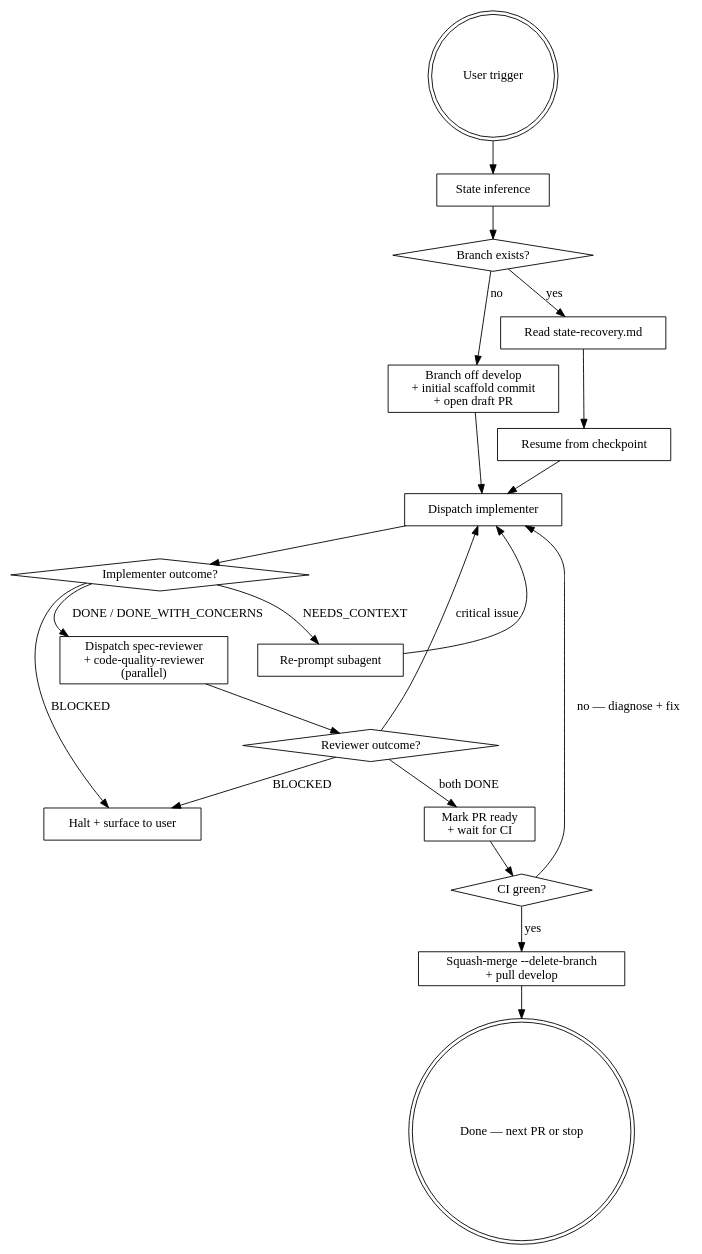
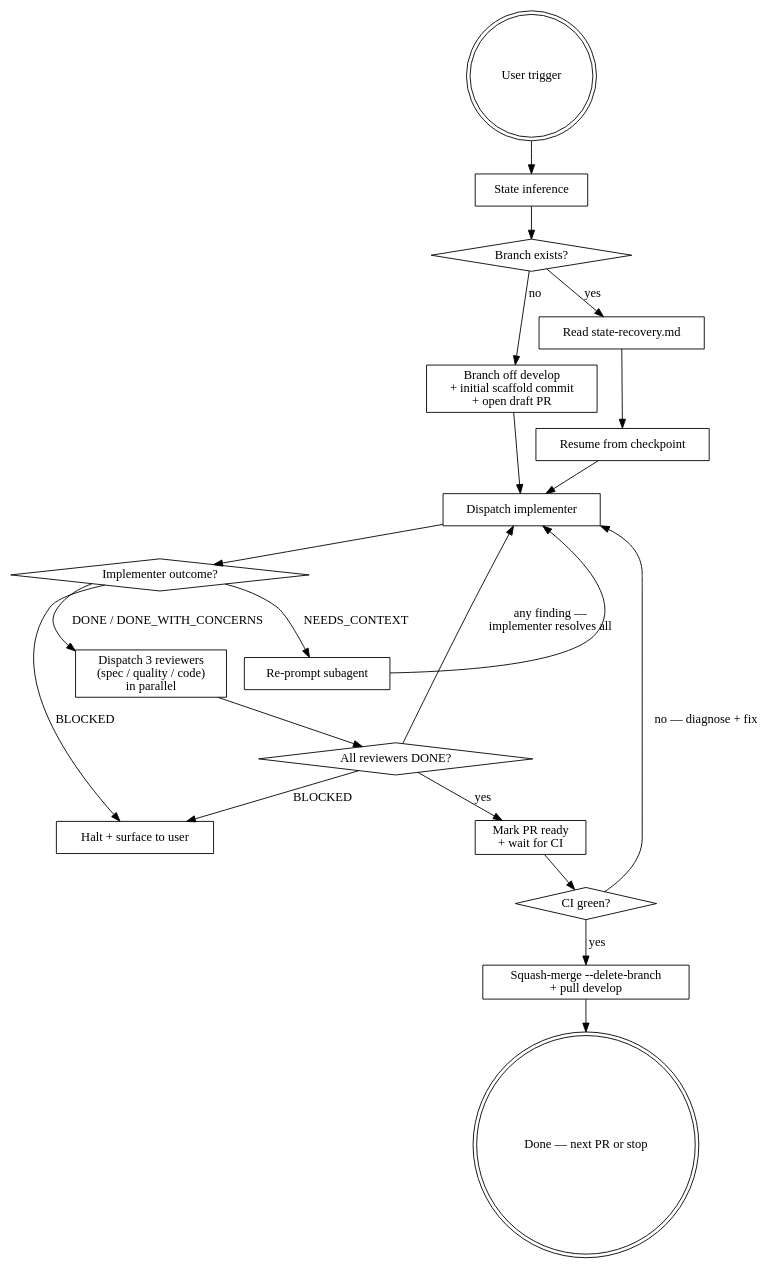
One commit to Sawmonabo/ai-sidekicks changed the diagram in .claude/skills/plan-execution/SKILL.md. Above: the diagram before and after it, drawn with Graphviz. The commit also changed other lines of this file and 6 other files, not shown here.

````diff
--- a/.claude/skills/plan-execution/SKILL.md
+++ b/.claude/skills/plan-execution/SKILL.md
@@ -27,41 +43,41 @@
 ```dot
 digraph plan_execution {
     "User trigger" [shape=doublecircle];
     "State inference" [shape=box];
     "Branch exists?" [shape=diamond];
     "Read state-recovery.md" [shape=box];
     "Branch off develop\n+ initial scaffold commit\n+ open draft PR" [shape=box];
     "Resume from checkpoint" [shape=box];
     "Dispatch implementer" [shape=box];
     "Implementer outcome?" [shape=diamond];
-    "Dispatch spec-reviewer\n+ code-quality-reviewer\n(parallel)" [shape=box];
-    "Reviewer outcome?" [shape=diamond];
+    "Dispatch 3 reviewers\n(spec / quality / code)\nin parallel" [shape=box];
+    "All reviewers DONE?" [shape=diamond];
     "Mark PR ready\n+ wait for CI" [shape=box];
     "CI green?" [shape=diamond];
     "Squash-merge --delete-branch\n+ pull develop" [shape=box];
     "Done — next PR or stop" [shape=doublecircle];
     "Halt + surface to user" [shape=box];
     "Re-prompt subagent" [shape=box];
 
     "User trigger" -> "State inference";
     "State inference" -> "Branch exists?";
     "Branch exists?" -> "Read state-recovery.md" [label="yes"];
     "Branch exists?" -> "Branch off develop\n+ initial scaffold commit\n+ open draft PR" [label="no"];
     "Read state-recovery.md" -> "Resume from checkpoint";
     "Resume from checkpoint" -> "Dispatch implementer";
     "Branch off develop\n+ initial scaffold commit\n+ open draft PR" -> "Dispatch implementer";
     "Dispatch implementer" -> "Implementer outcome?";
-    "Implementer outcome?" -> "Dispatch spec-reviewer\n+ code-quality-reviewer\n(parallel)" [label="DONE / DONE_WITH_CONCERNS"];
+    "Implementer outcome?" -> "Dispatch 3 reviewers\n(spec / quality / code)\nin parallel" [label="DONE / DONE_WITH_CONCERNS"];
     "Implementer outcome?" -> "Re-prompt subagent" [label="NEEDS_CONTEXT"];
     "Implementer outcome?" -> "Halt + surface to user" [label="BLOCKED"];
     "Re-prompt subagent" -> "Dispatch implementer";
-    "Dispatch spec-reviewer\n+ code-quality-reviewer\n(parallel)" -> "Reviewer outcome?";
-    "Reviewer outcome?" -> "Mark PR ready\n+ wait for CI" [label="both DONE"];
-    "Reviewer outcome?" -> "Dispatch implementer" [label="critical issue"];
-    "Reviewer outcome?" -> "Halt + surface to user" [label="BLOCKED"];
+    "Dispatch 3 reviewers\n(spec / quality / code)\nin parallel" -> "All reviewers DONE?";
+    "All reviewers DONE?" -> "Mark PR ready\n+ wait for CI" [label="yes"];
+    "All reviewers DONE?" -> "Dispatch implementer" [label="any finding —\nimplementer resolves all"];
+    "All reviewers DONE?" -> "Halt + surface to user" [label="BLOCKED"];
     "Mark PR ready\n+ wait for CI" -> "CI green?";
     "CI green?" -> "Squash-merge --delete-branch\n+ pull develop" [label="yes"];
     "CI green?" -> "Dispatch implementer" [label="no — diagnose + fix"];
     "Squash-merge --delete-branch\n+ pull develop" -> "Done — next PR or stop";
 }
 ```
````
